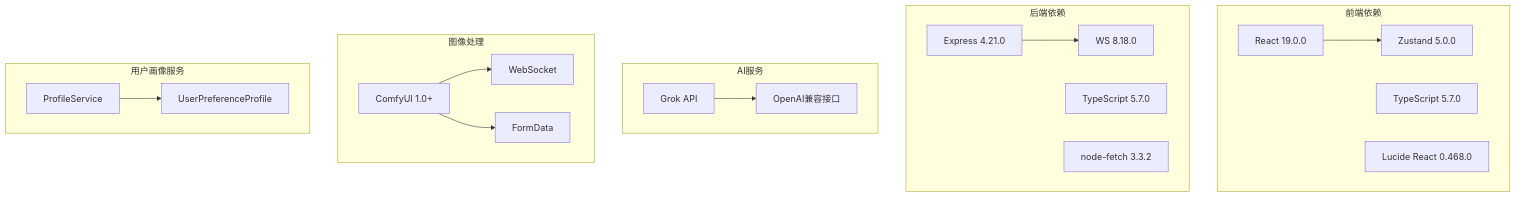
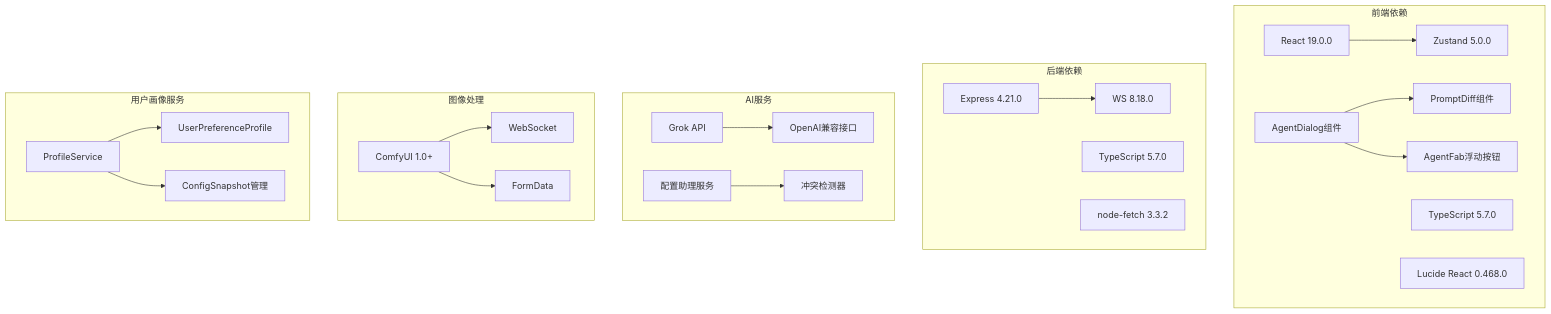
Diagram 22 of 23 in .qoder/repowiki/zh/content/前端应用/AI智能代理系统/AI智能代理系统.md (billye220670/CorineKit_Pix2Real), drawn with Mermaid before and after one commit. The commit also changed other lines of this file and 11 other files, not shown here.

````diff
--- a/.qoder/repowiki/zh/content/前端应用/AI智能代理系统/AI智能代理系统.md
+++ b/.qoder/repowiki/zh/content/前端应用/AI智能代理系统/AI智能代理系统.md
@@ -669,34 +1074,44 @@
 ```mermaid
 graph TB
 subgraph "前端依赖"
 A[React 19.0.0]
 B[TypeScript 5.7.0]
 C[Zustand 5.0.0]
 D[Lucide React 0.468.0]
+E[AgentDialog组件]
+F[PromptDiff组件]
+G[AgentFab浮动按钮]
 end
 subgraph "后端依赖"
-E[Express 4.21.0]
-F[TypeScript 5.7.0]
-G[WS 8.18.0]
-H[node-fetch 3.3.2]
+H[Express 4.21.0]
+I[TypeScript 5.7.0]
+J[WS 8.18.0]
+K[node-fetch 3.3.2]
 end
 subgraph "AI服务"
-I[Grok API]
-J[OpenAI兼容接口]
+L[Grok API]
+M[OpenAI兼容接口]
+N[配置助理服务]
+O[冲突检测器]
 end
 subgraph "图像处理"
-K[ComfyUI 1.0+]
-L[WebSocket]
-M[FormData]
+P[ComfyUI 1.0+]
+Q[WebSocket]
+R[FormData]
 end
 subgraph "用户画像服务"
-N[ProfileService]
-O[UserPreferenceProfile]
+S[ProfileService]
+T[UserPreferenceProfile]
+U[ConfigSnapshot管理]
 end
 A --> C
+E --> F
 E --> G
-I --> J
-K --> L
-K --> M
+H --> J
+L --> M
 N --> O
+P --> Q
+P --> R
+S --> T
+S --> U
 ```
````
